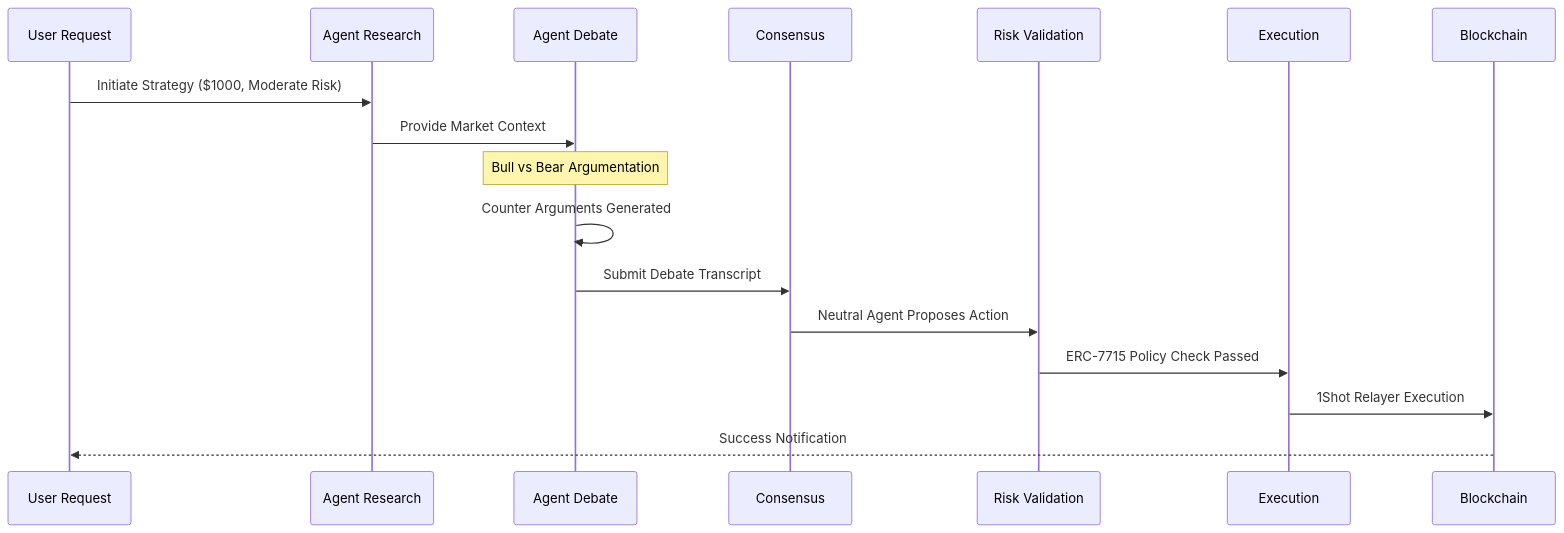
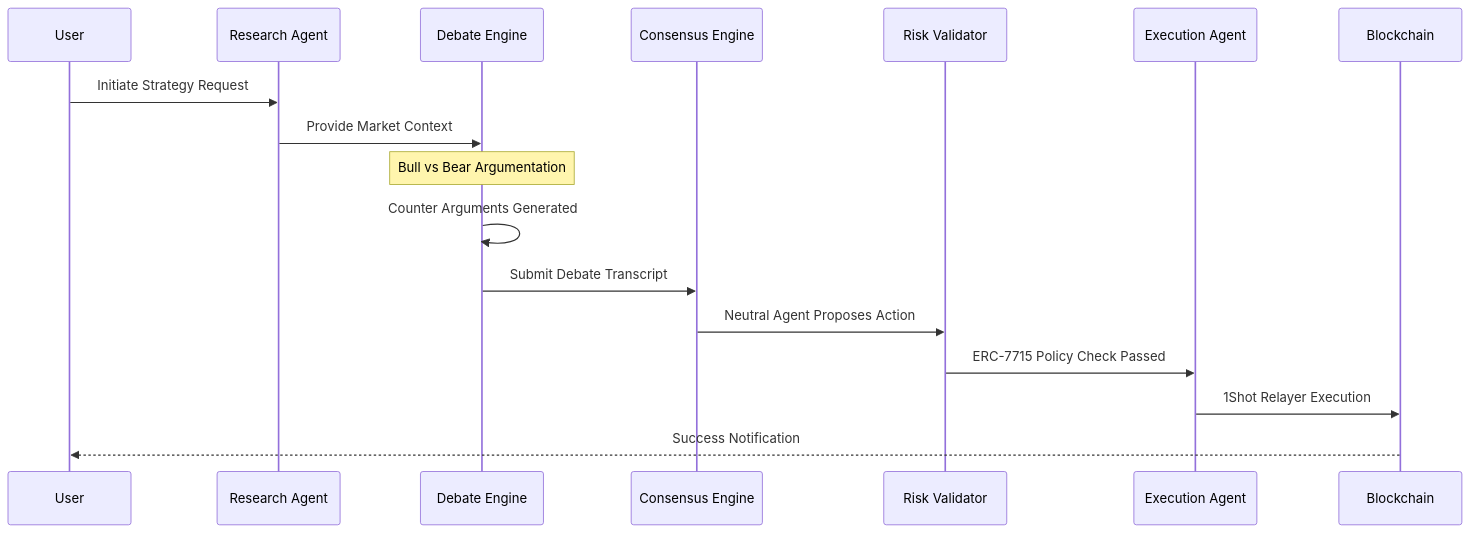
The second of 2 diagrams in README.md (rohan911438/Sentinel-AI), drawn with Mermaid before and after one commit. The commit also changed other lines of this file, not shown here.

Commit message:
Professionalize README: fix diagrams, remove emojis, add contracts table

````diff
--- a/README.md
+++ b/README.md
@@ -183,20 +175,20 @@
 ```mermaid
 sequenceDiagram
-    participant U as User Request
-    participant R as Agent Research
-    participant D as Agent Debate
-    participant C as Consensus
-    participant V as Risk Validation
-    participant E as Execution
+    participant U as User
+    participant R as Research Agent
+    participant D as Debate Engine
+    participant C as Consensus Engine
+    participant V as Risk Validator
+    participant E as Execution Agent
     participant B as Blockchain
     
-    U->>R: Initiate Strategy ($1000, Moderate Risk)
+    U->>R: Initiate Strategy Request
     R->>D: Provide Market Context
     Note over D: Bull vs Bear Argumentation
     D->>D: Counter Arguments Generated
     D->>C: Submit Debate Transcript
     C->>V: Neutral Agent Proposes Action
     V->>E: ERC-7715 Policy Check Passed
     E->>B: 1Shot Relayer Execution
     B-->>U: Success Notification
 ```
````
